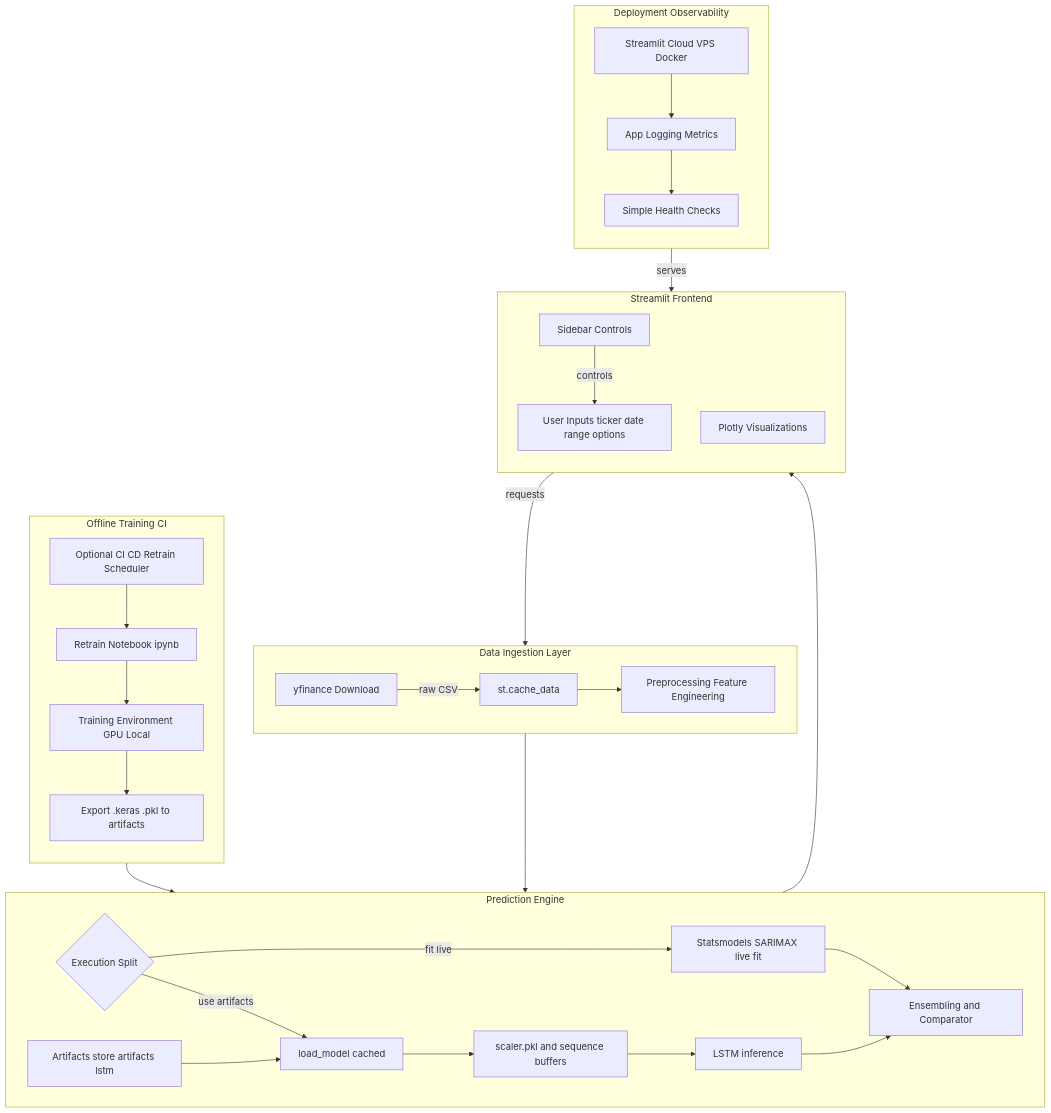
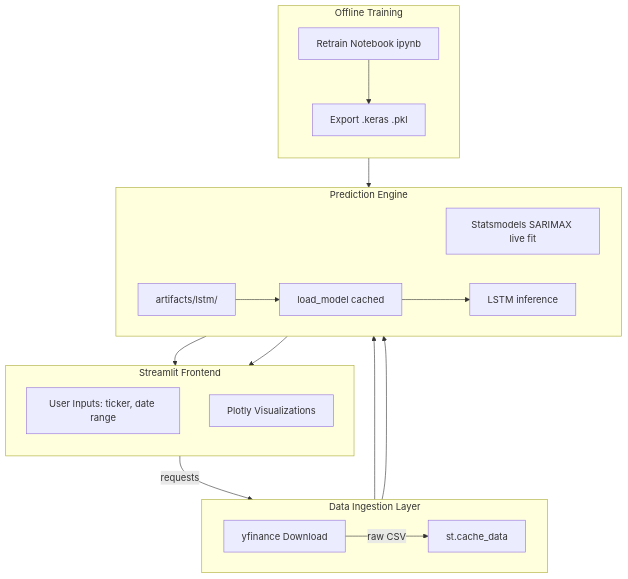
The diagram in README.md (Akshat19Ak/Stock-prediction), drawn with Mermaid before and after one commit. The commit also changed other lines of this file, not shown here.

````diff
--- a/README.md
+++ b/README.md
@@ -43,72 +38,44 @@
 ```mermaid
 flowchart TB
     subgraph UI[Streamlit Frontend]
         direction TB
-        UI_Input[User Inputs ticker date range options]
-        UI_Controls[Sidebar Controls]
+        UI_Input[User Inputs: ticker, date range]
         UI_Visuals[Plotly Visualizations]
     end
 
     subgraph Ingest[Data Ingestion Layer]
         direction LR
         YF[yfinance Download]
         Cache[st.cache_data]
-        Preproc[Preprocessing Feature Engineering]
     end
 
     subgraph Engine[Prediction Engine]
         direction LR
-        Decision{Execution Split}
         SARIMAX[Statsmodels SARIMAX live fit]
-        Ensemble[Ensembling and Comparator]
-        Artifacts[Artifacts store artifacts lstm]
+        Artifacts[artifacts/lstm/]
         LSTM_Load[load_model cached]
         LSTM_Infer[LSTM inference]
-        Scalers[scaler.pkl and sequence buffers]
     end
 
-    subgraph Offline[Offline Training CI]
+    subgraph Offline[Offline Training]
         direction TB
         Notebook[Retrain Notebook ipynb]
-        Trainer[Training Environment GPU Local]
-        Export[Export .keras .pkl to artifacts]
-        CI[Optional CI CD Retrain Scheduler]
+        Export[Export .keras .pkl]
     end
 
-    subgraph Infra[Deployment Observability]
-        direction TB
-        Hosting[Streamlit Cloud VPS Docker]
-        Logs[App Logging Metrics]
-        Monitoring[Simple Health Checks]
-    end
-
-    %% UI -> Ingest
+    %% Flow
     UI_Input -->|requests| YF
-    UI_Controls -->|controls| UI_Input
     YF -->|raw CSV| Cache
-    Cache --> Preproc
-
-    %% Preproc -> Engine
-    Preproc --> Decision
-    Decision -->|fit live| SARIMAX
-    Decision -->|use artifacts| LSTM_Load
-
+    Cache --> SARIMAX
+    Cache --> LSTM_Infer
+    
+    SARIMAX --> UI_Visuals
+    
     %% LSTM path
-    LSTM_Load --> Scalers
-    Scalers --> LSTM_Infer
     Artifacts --> LSTM_Load
-
-    %% Combine outputs
-    SARIMAX --> Ensemble
-    LSTM_Infer --> Ensemble
-    Ensemble --> UI_Visuals
+    LSTM_Load --> LSTM_Infer
+    LSTM_Infer --> UI_Visuals
 
     %% Offline loop
-    Notebook --> Trainer --> Export --> Artifacts
-    CI --> Notebook
-
-    %% Infra
-    Hosting -->|serves| UI
-    Hosting --> Logs
-    Logs --> Monitoring
+    Notebook --> Export --> Artifacts
 ```
````
